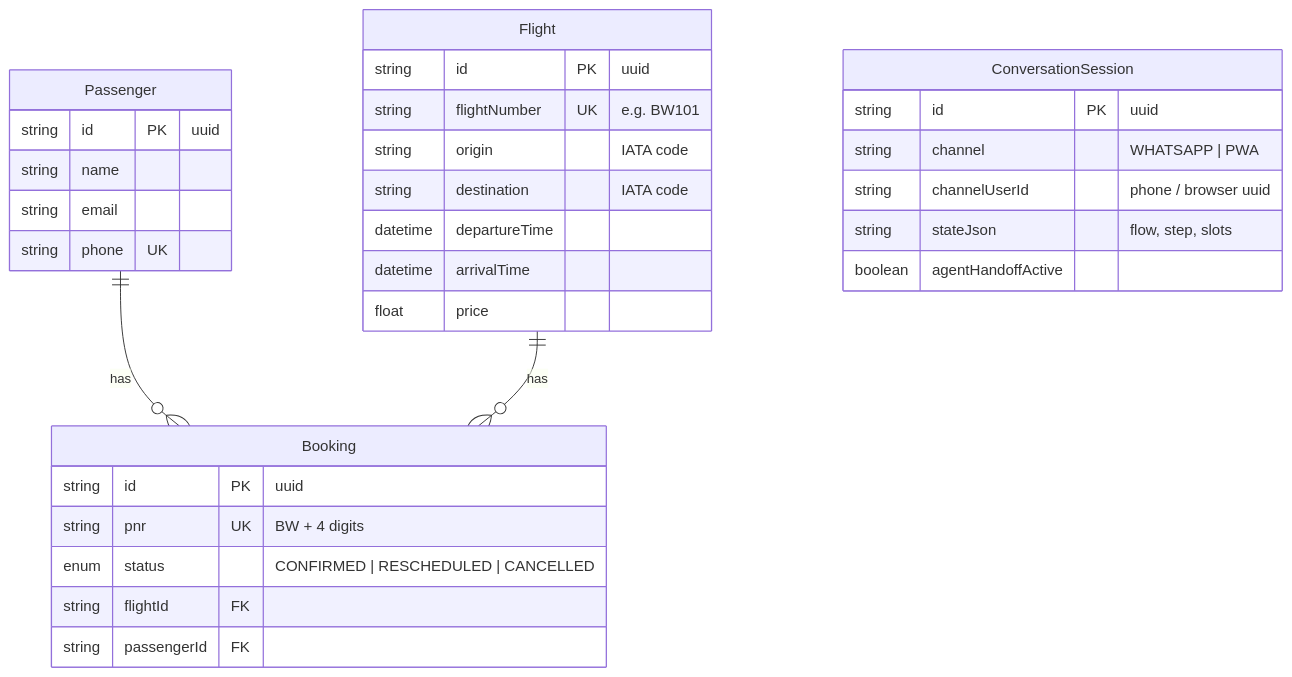
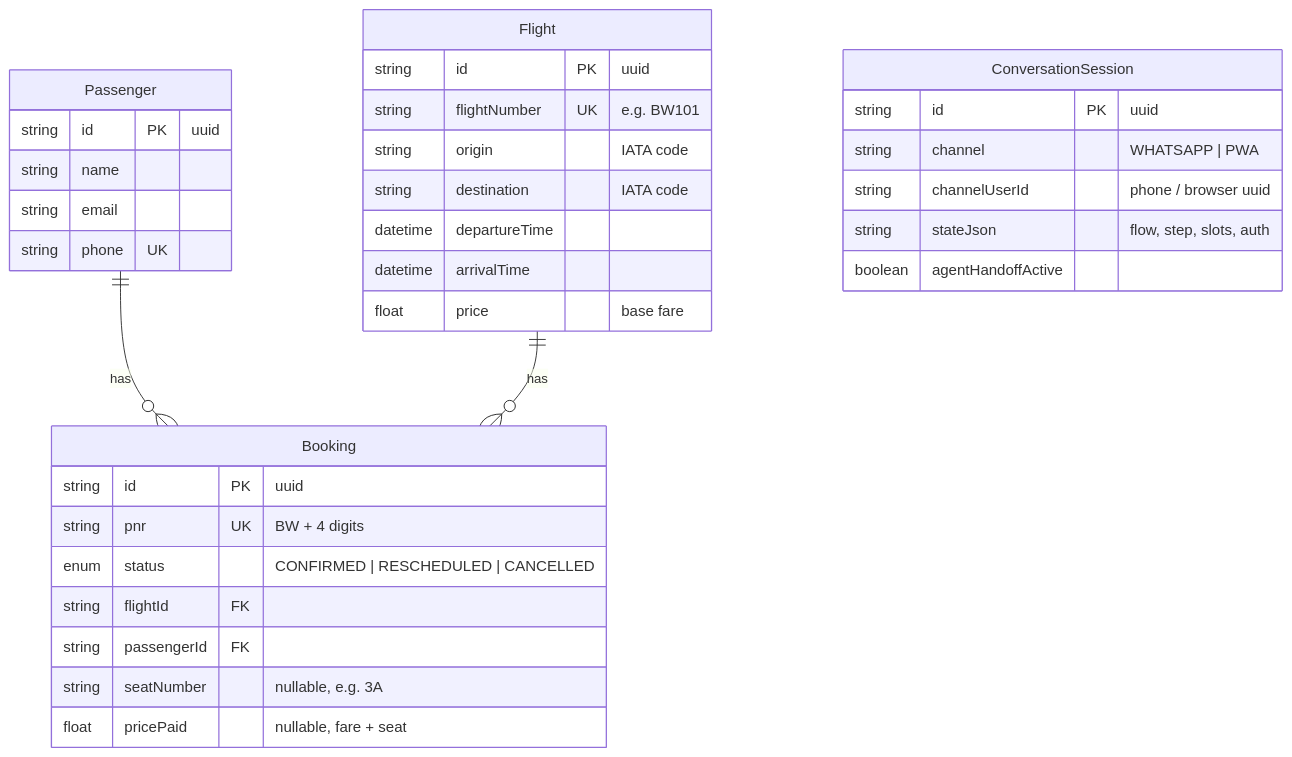
Before and after one commit to Rajani-Meet/BlueWings: the diagram in docs/database-schema.md, drawn with Mermaid. The commit also changed other lines of this file and 17 other files, not shown here.

````diff
--- a/docs/database-schema.md
+++ b/docs/database-schema.md
@@ -5,38 +5,40 @@
 ```mermaid
 erDiagram
     Passenger ||--o{ Booking : has
     Flight ||--o{ Booking : has
 
     Passenger {
         string id PK "uuid"
         string name
         string email
         string phone UK
     }
 
     Flight {
         string id PK "uuid"
         string flightNumber UK "e.g. BW101"
         string origin "IATA code"
         string destination "IATA code"
         datetime departureTime
         datetime arrivalTime
-        float price
+        float price "base fare"
     }
 
     Booking {
         string id PK "uuid"
         string pnr UK "BW + 4 digits"
         enum status "CONFIRMED | RESCHEDULED | CANCELLED"
         string flightId FK
         string passengerId FK
+        string seatNumber "nullable, e.g. 3A"
+        float pricePaid "nullable, fare + seat"
     }
 
     ConversationSession {
         string id PK "uuid"
         string channel "WHATSAPP | PWA"
         string channelUserId "phone / browser uuid"
-        string stateJson "flow, step, slots"
+        string stateJson "flow, step, slots, auth"
         boolean agentHandoffActive
     }
 ```
````
